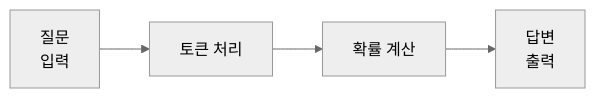
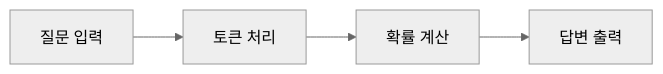
Before and after one commit to Kanghyeop/pages-book-agent101: the third of 4 diagrams in 03-agent/32-system.md, drawn with Mermaid (neutral theme). The commit also changed other lines of this file and 48 other files, not shown here.

First line of the commit message:
fix: Mermaid 렌더링 + SVG 경로 수정

````diff
--- a/03-agent/32-system.md
+++ b/03-agent/32-system.md
@@ -36,4 +36,4 @@
 ```mermaid
 flowchart LR
-    A["질문"<br/>입력] --> B[토큰 처리] --> C[확률 계산] --> D["답변"<br/>출력]
+    A["질문" 입력] --> B[토큰 처리] --> C[확률 계산] --> D["답변" 출력]
 ```
````
